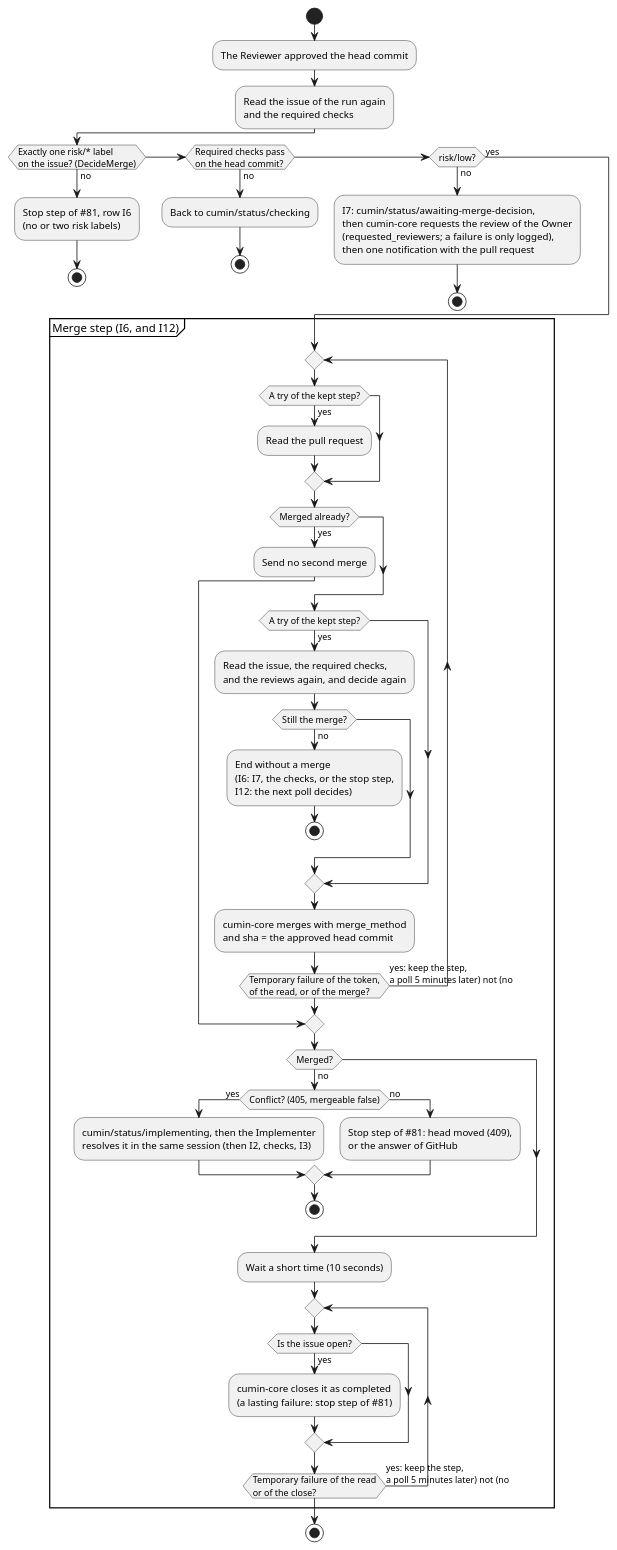
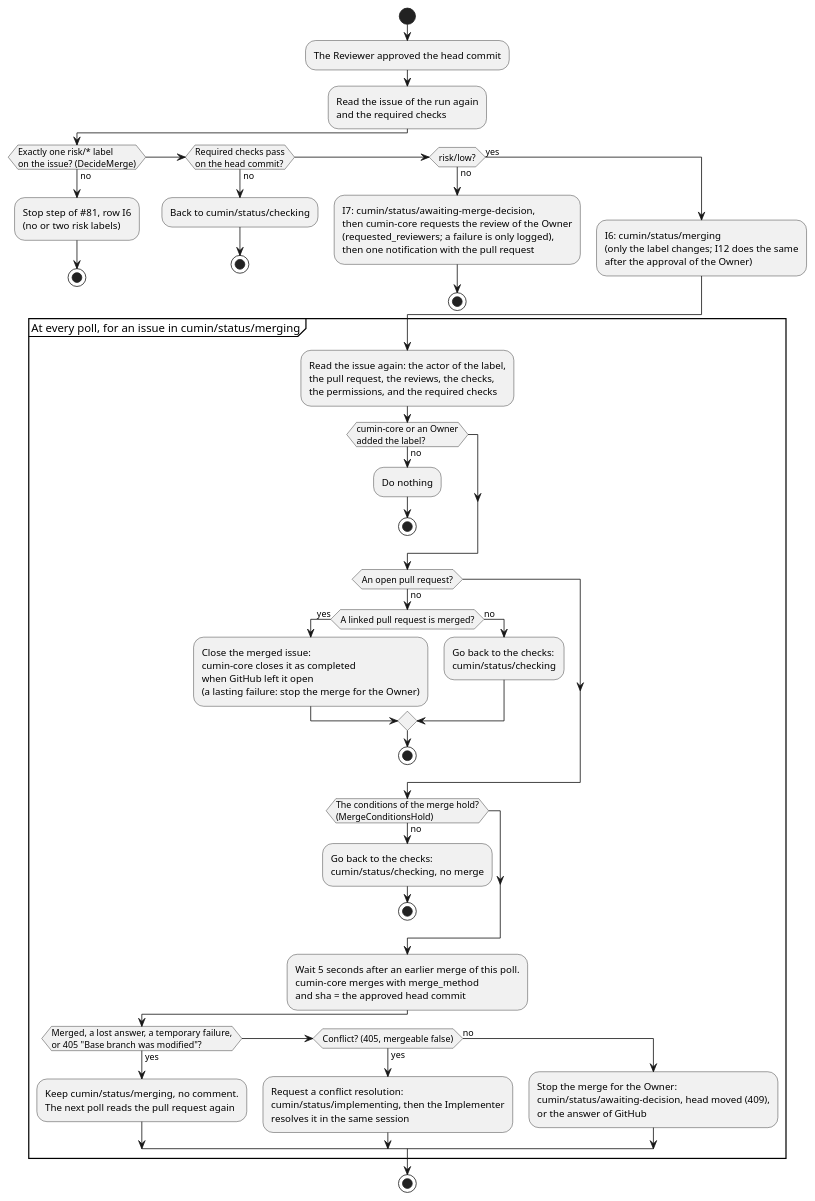
One commit to cloveclovedev/cumin-works changed the diagram in docs/ja/designs/poll-merge.puml. Above: the diagram before and after it, drawn with PlantUML. The commit also changed 4 other files, not shown here.

Commit message:
docs(designs): describe the steps in the state merging

```diff
--- a/docs/ja/designs/poll-merge.puml
+++ b/docs/ja/designs/poll-merge.puml
@@ -1,74 +1,77 @@
 @startuml poll-merge
-' cumin works - the approved pull request (I6, I7) and the merge step that I12 reuses.
+' cumin works - the approved pull request (I6, I7) and the steps in cumin/status/merging.
 ' Document: poll.md, section on the merge step.
 ' Render: run scripts/render-diagrams.sh at the root of the repository.
 skinparam shadowing false
 skinparam defaultFontName sans-serif
 
 start
 :The Reviewer approved the head commit;
 :Read the issue of the run again
 and the required checks;
 if (Exactly one risk/* label
 on the issue? (DecideMerge)) then (no)
   :Stop step of #81, row I6
   (no or two risk labels);
   stop
 elseif (Required checks pass
 on the head commit?) then (no)
   :Back to cumin/status/checking;
   stop
 elseif (risk/low?) then (no)
   :I7: cumin/status/awaiting-merge-decision,
   then cumin-core requests the review of the Owner
   (requested_reviewers; a failure is only logged),
   then one notification with the pull request;
   stop
 else (yes)
+  :I6: cumin/status/merging
+  (only the label changes; I12 does the same
+  after the approval of the Owner);
 endif
-partition "Merge step (I6, and I12)" {
-  repeat
-    if (A try of the kept step?) then (yes)
-      :Read the pull request;
-    endif
-    if (Merged already?) then (yes)
-      :Send no second merge;
-      break
-    endif
-    if (A try of the kept step?) then (yes)
-      :Read the issue, the required checks,
-      and the reviews again, and decide again;
-      if (Still the merge?) then (no)
-        :End without a merge
-        (I6: I7, the checks, or the stop step,
-        I12: the next poll decides);
-        stop
-      endif
-    endif
-    :cumin-core merges with merge_method
-    and sha = the approved head commit;
-  repeat while (Temporary failure of the token,
-of the read, or of the merge?) is (yes: keep the step,
-a poll 5 minutes later) not (no)
-  if (Merged?) then (no)
-    if (Conflict? (405, mergeable false)) then (yes)
-      :cumin/status/implementing, then the Implementer
-      resolves it in the same session (then I2, checks, I3);
+partition "At every poll, for an issue in cumin/status/merging" {
+  :Read the issue again: the actor of the label,
+  the pull request, the reviews, the checks,
+  the permissions, and the required checks;
+  if (cumin-core or an Owner
+added the label?) then (no)
+    :Do nothing;
+    stop
+  endif
+  if (An open pull request?) then (no)
+    if (A linked pull request is merged?) then (yes)
+      :Close the merged issue:
+      cumin-core closes it as completed
+      when GitHub left it open
+      (a lasting failure: stop the merge for the Owner);
     else (no)
-      :Stop step of #81: head moved (409),
-      or the answer of GitHub;
+      :Go back to the checks:
+      cumin/status/checking;
     endif
     stop
   endif
-  :Wait a short time (10 seconds);
-  repeat
-    if (Is the issue open?) then (yes)
-      :cumin-core closes it as completed
-      (a lasting failure: stop step of #81);
-    endif
-  repeat while (Temporary failure of the read
-or of the close?) is (yes: keep the step,
-a poll 5 minutes later) not (no)
+  if (The conditions of the merge hold?
+(MergeConditionsHold)) then (no)
+    :Go back to the checks:
+    cumin/status/checking, no merge;
+    stop
+  endif
+  :Wait 5 seconds after an earlier merge of this poll.
+  cumin-core merges with merge_method
+  and sha = the approved head commit;
+  if (Merged, a lost answer, a temporary failure,
+or 405 "Base branch was modified"?) then (yes)
+    :Keep cumin/status/merging, no comment.
+    The next poll reads the pull request again;
+  elseif (Conflict? (405, mergeable false)) then (yes)
+    :Request a conflict resolution:
+    cumin/status/implementing, then the Implementer
+    resolves it in the same session;
+  else (no)
+    :Stop the merge for the Owner:
+    cumin/status/awaiting-decision, head moved (409),
+    or the answer of GitHub;
+  endif
 }
 stop
 @enduml
```
